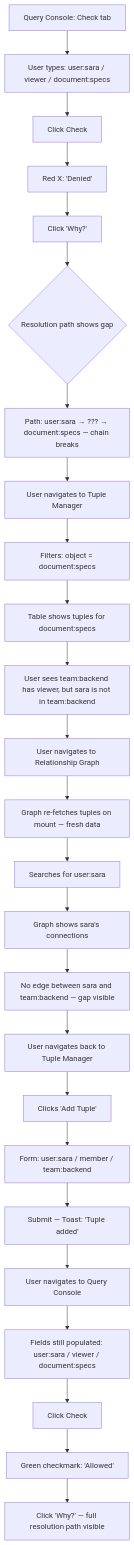
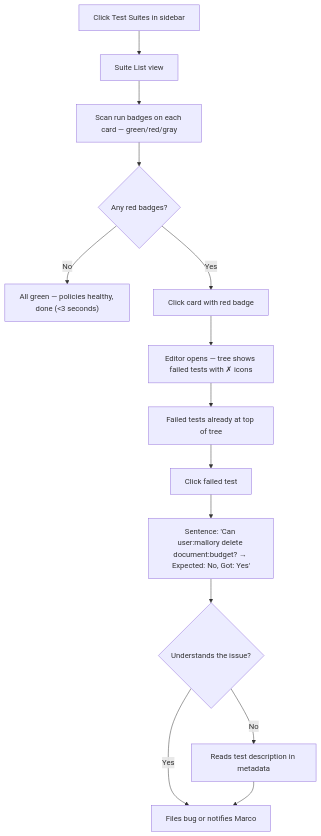
The third of 5 diagrams in _bmad-output/planning-artifacts/ux-design-specification.md (monte97/openfga-ide), drawn with Mermaid before and after one commit. The commit also changed other lines of this file and 92 other files, not shown here.

First line of the commit message:
feat: Epics 7-10 — Authorization Test Suite Management

````diff
--- a/_bmad-output/planning-artifacts/ux-design-specification.md
+++ b/_bmad-output/planning-artifacts/ux-design-specification.md
@@ -684,31 +499,16 @@
 ```mermaid
 flowchart TD
-    A[Query Console: Check tab] --> B[User types: user:sara / viewer / document:specs]
-    B --> C[Click Check]
-    C --> D[Red X: 'Denied']
-    D --> E[Click 'Why?']
-    E --> F{Resolution path shows gap}
-    F --> G[Path: user:sara → ??? → document:specs — chain breaks]
-
-    G --> H[User navigates to Tuple Manager]
-    H --> I[Filters: object = document:specs]
-    I --> J[Table shows tuples for document:specs]
-    J --> K[User sees team:backend has viewer, but sara is not in team:backend]
-
-    K --> L[User navigates to Relationship Graph]
-    L --> M[Graph re-fetches tuples on mount — fresh data]
-    M --> N[Searches for user:sara]
-    N --> O[Graph shows sara's connections]
-    O --> P[No edge between sara and team:backend — gap visible]
-
-    P --> Q[User navigates back to Tuple Manager]
-    Q --> R[Clicks 'Add Tuple']
-    R --> S[Form: user:sara / member / team:backend]
-    S --> T[Submit — Toast: 'Tuple added']
-
-    T --> U[User navigates to Query Console]
-    U --> V[Fields still populated: user:sara / viewer / document:specs]
-    V --> W[Click Check]
-    W --> X[Green checkmark: 'Allowed']
-    X --> Y[Click 'Why?' — full resolution path visible]
+    A[Click Test Suites in sidebar] --> B[Suite List view]
+    B --> C[Scan run badges on each card — green/red/gray]
+    C --> D{Any red badges?}
+    D -->|No| E["All green — policies healthy, done (<3 seconds)"]
+    D -->|Yes| F[Click card with red badge]
+    F --> G[Editor opens — tree shows failed tests with ✗ icons]
+    G --> H[Failed tests already at top of tree]
+    H --> I[Click failed test]
+    I --> J["Sentence: 'Can user:mallory delete document:budget? → Expected: No, Got: Yes'"]
+    J --> K{Understands the issue?}
+    K -->|Yes| L[Files bug or notifies Marco]
+    K -->|No| M[Reads test description in metadata]
+    M --> L
 ```
````
